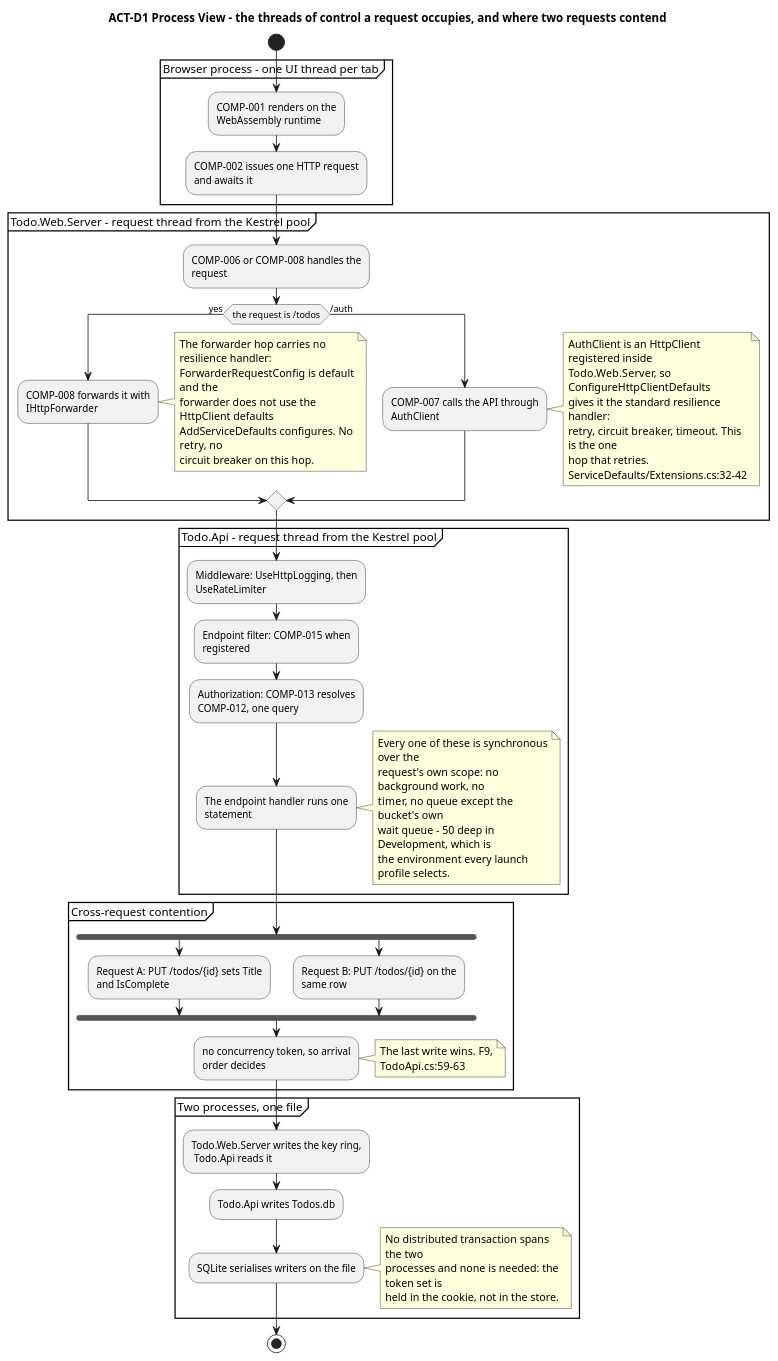
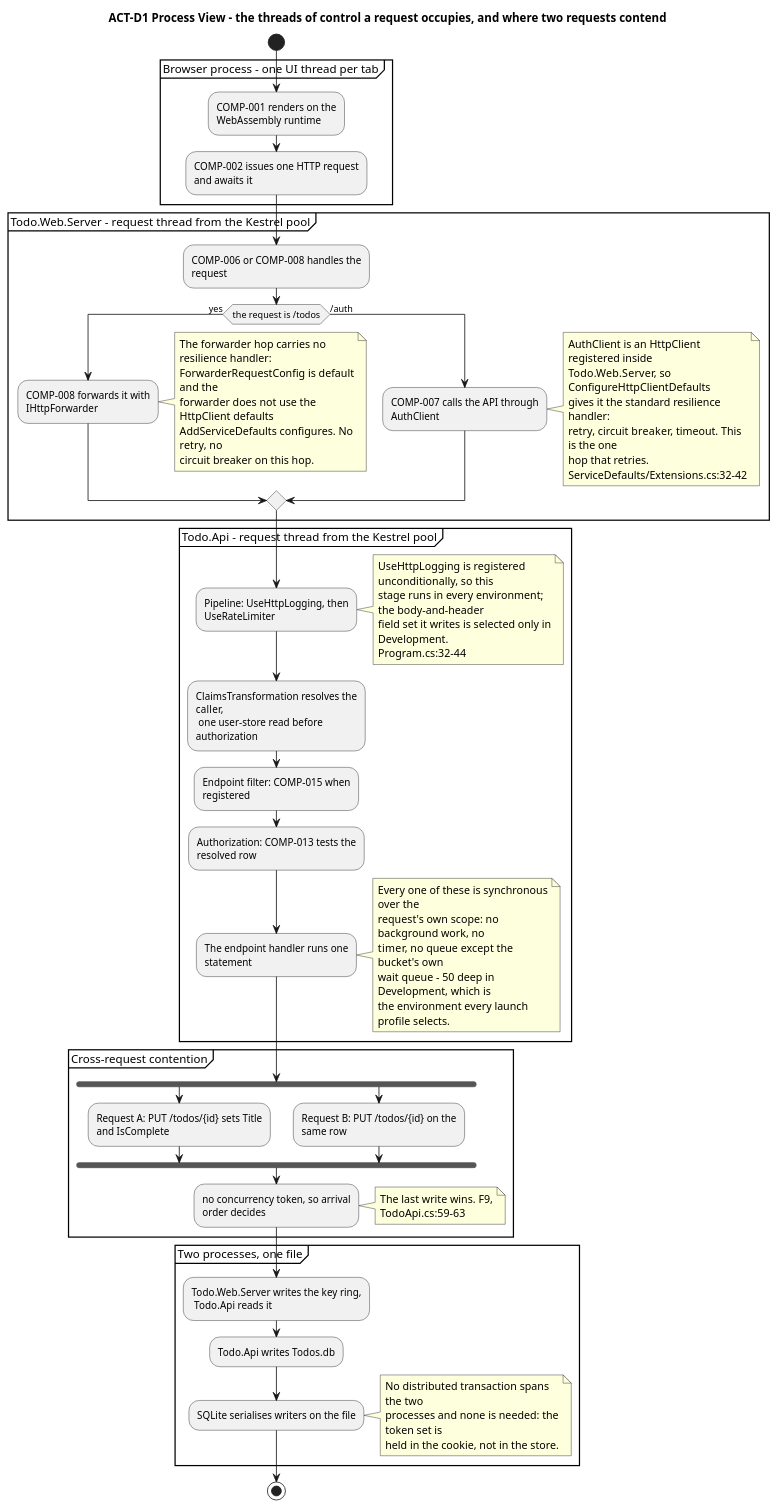
Before and after one commit to banense-test/TodoApp: the tenth of 13 diagrams in docs/artifacts/analysis---design/software-architecture-document.md, drawn with PlantUML. The commit also changed other lines of this file, not shown here.

Commit message:
Software Architect [Consolidation1]: upsert Software Architecture Document
[skip ci]

````diff
--- a/docs/artifacts/analysis---design/software-architecture-document.md
+++ b/docs/artifacts/analysis---design/software-architecture-document.md
@@ -1004,72 +1004,80 @@
 ```plantuml
 @startuml
 title ACT-D1 Process View - the threads of control a request occupies, and where two requests contend
 
 skinparam shadowing false
 skinparam wrapWidth 215
 
 start
 partition "Browser process - one UI thread per tab" {
   :COMP-001 renders on the WebAssembly runtime;
   :COMP-002 issues one HTTP request and awaits it;
 }
 partition "Todo.Web.Server - request thread from the Kestrel pool" {
   :COMP-006 or COMP-008 handles the request;
   if (the request is /todos) then (yes)
     :COMP-008 forwards it with IHttpForwarder;
     note right
       The forwarder hop carries no resilience handler:
       ForwarderRequestConfig is default and the
       forwarder does not use the HttpClient defaults
       AddServiceDefaults configures. No retry, no
       circuit breaker on this hop.
     end note
   else (/auth)
     :COMP-007 calls the API through AuthClient;
     note right
       AuthClient is an HttpClient registered inside
       Todo.Web.Server, so ConfigureHttpClientDefaults
       gives it the standard resilience handler:
       retry, circuit breaker, timeout. This is the one
       hop that retries. ServiceDefaults/Extensions.cs:32-42
     end note
   endif
 }
 partition "Todo.Api - request thread from the Kestrel pool" {
-  :Middleware: UseHttpLogging, then UseRateLimiter;
+  :Pipeline: UseHttpLogging, then UseRateLimiter;
+  note right
+    UseHttpLogging is registered unconditionally, so this
+    stage runs in every environment; the body-and-header
+    field set it writes is selected only in Development.
+    Program.cs:32-44
+  end note
+  :ClaimsTransformation resolves the caller,
+   one user-store read before authorization;
   :Endpoint filter: COMP-015 when registered;
-  :Authorization: COMP-013 resolves COMP-012, one query;
+  :Authorization: COMP-013 tests the resolved row;
   :The endpoint handler runs one statement;
   note right
     Every one of these is synchronous over the
     request's own scope: no background work, no
     timer, no queue except the bucket's own
     wait queue - 50 deep in Development, which is
     the environment every launch profile selects.
   end note
 }
 partition "Cross-request contention" {
   fork
     :Request A: PUT /todos/{id} sets Title and IsComplete;
   fork again
     :Request B: PUT /todos/{id} on the same row;
   end fork
   :no concurrency token, so arrival order decides;
   note right
     The last write wins. F9, TodoApi.cs:59-63
   end note
 }
 partition "Two processes, one file" {
   :Todo.Web.Server writes the key ring,
    Todo.Api reads it;
   :Todo.Api writes Todos.db;
   :SQLite serialises writers on the file;
   note right
     No distributed transaction spans the two
     processes and none is needed: the token set is
     held in the cookie, not in the store.
   end note
 }
 stop
 @enduml
 ```
````
